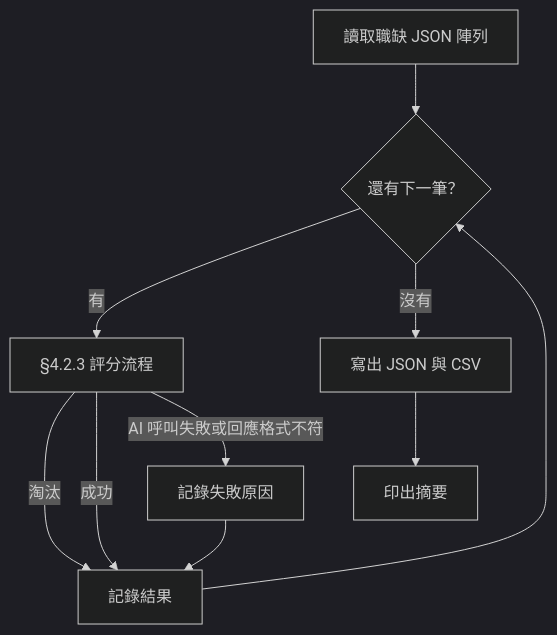
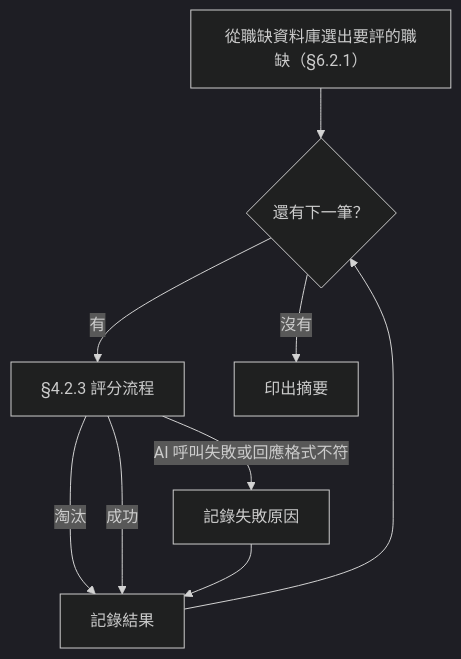
Before and after one commit to dlhdb/job-matching: the second of 3 diagrams in docs/product/features/job-auto-scoring.md, drawn with Mermaid (dark theme). The commit also changed other lines of this file and 8 other files, not shown here.

````diff
--- a/docs/product/features/job-auto-scoring.md
+++ b/docs/product/features/job-auto-scoring.md
@@ -469,10 +484,10 @@
 ```mermaid
 flowchart TD
-    L[讀取職缺 JSON 陣列] --> N{還有下一筆？}
+    L["從職缺資料庫選出要評的職缺（§6.2.1）"] --> N{還有下一筆？}
     N -->|有| S["§4.2.3 評分流程"]
     S -->|淘汰| R[記錄結果]
     S -->|成功| R
     S -->|"AI 呼叫失敗或回應格式不符"| E[記錄失敗原因] --> R
     R --> N
-    N -->|沒有| W["寫出 JSON 與 CSV"] --> M[印出摘要]
+    N -->|沒有| M[印出摘要]
 ```
````
